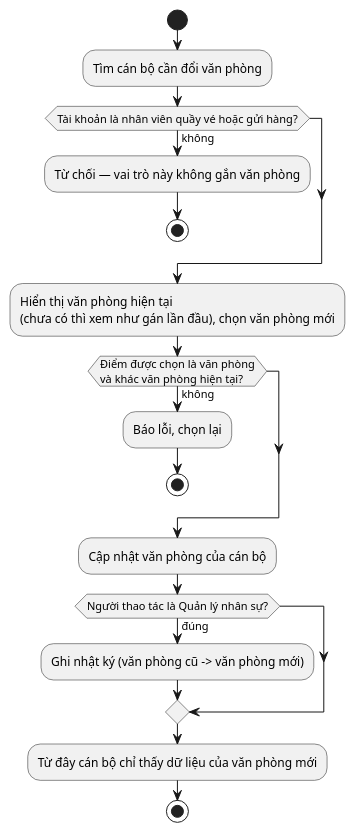
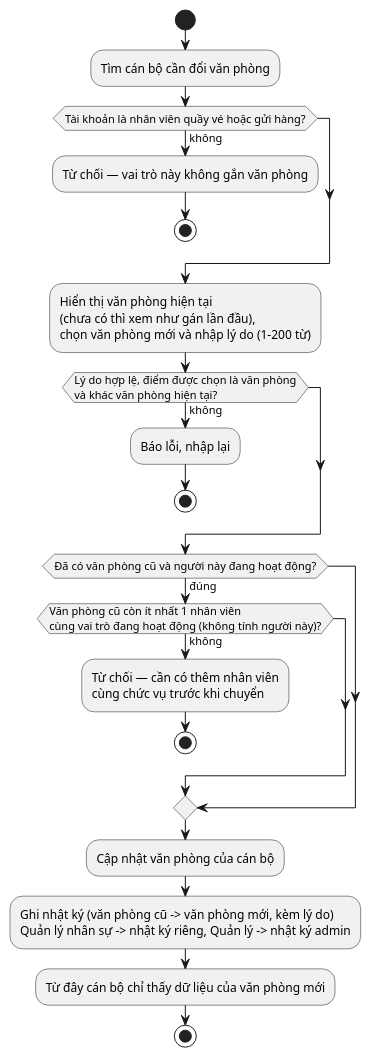
Before and after one commit to nguyenvietanhit19/Project1_HeThongQuanLyNhaXeKhachLienTinh: diagram 46 of 53 in UML_DIAGRAMS.md, drawn with PlantUML. The commit also changed 6 other files, not shown here.

````diff
--- a/UML_DIAGRAMS.md
+++ b/UML_DIAGRAMS.md
@@ -1320,21 +1320,25 @@
 ```plantuml
 @startuml AD_UC36_DoiVanPhongCanBo
 start
 :Tìm cán bộ cần đổi văn phòng;
 if (Tài khoản là nhân viên quầy vé hoặc gửi hàng?) then (không)
   :Từ chối — vai trò này không gắn văn phòng;
   stop
 endif
-:Hiển thị văn phòng hiện tại\n(chưa có thì xem như gán lần đầu), chọn văn phòng mới;
-if (Điểm được chọn là văn phòng\nvà khác văn phòng hiện tại?) then (không)
-  :Báo lỗi, chọn lại;
+:Hiển thị văn phòng hiện tại\n(chưa có thì xem như gán lần đầu),\nchọn văn phòng mới và nhập lý do (1-200 từ);
+if (Lý do hợp lệ, điểm được chọn là văn phòng\nvà khác văn phòng hiện tại?) then (không)
+  :Báo lỗi, nhập lại;
   stop
 endif
+if (Đã có văn phòng cũ và người này đang hoạt động?) then (đúng)
+  if (Văn phòng cũ còn ít nhất 1 nhân viên\ncùng vai trò đang hoạt động (không tính người này)?) then (không)
+    :Từ chối — cần có thêm nhân viên\ncùng chức vụ trước khi chuyển;
+    stop
+  endif
+endif
 :Cập nhật văn phòng của cán bộ;
-if (Người thao tác là Quản lý nhân sự?) then (đúng)
-  :Ghi nhật ký (văn phòng cũ -> văn phòng mới);
-endif
+:Ghi nhật ký (văn phòng cũ -> văn phòng mới, kèm lý do)\nQuản lý nhân sự -> nhật ký riêng, Quản lý -> nhật ký admin;
 :Từ đây cán bộ chỉ thấy dữ liệu của văn phòng mới;
 stop
 @enduml
 ```
````
